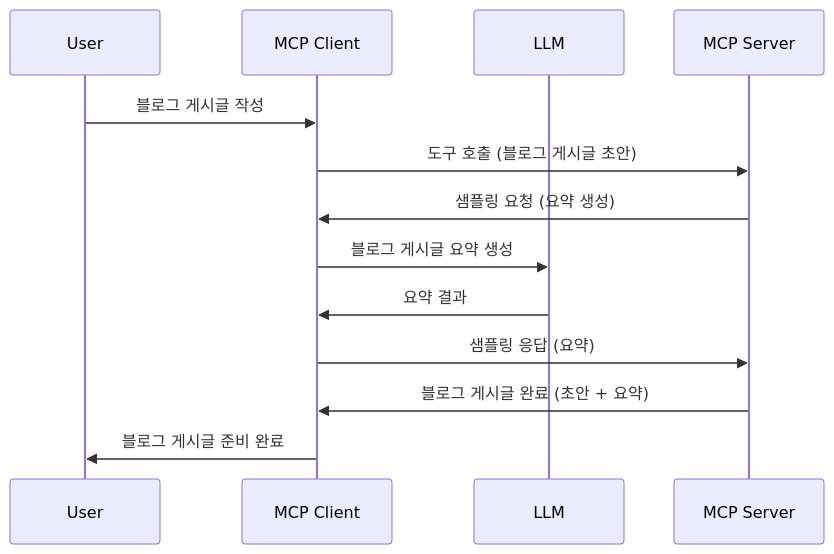
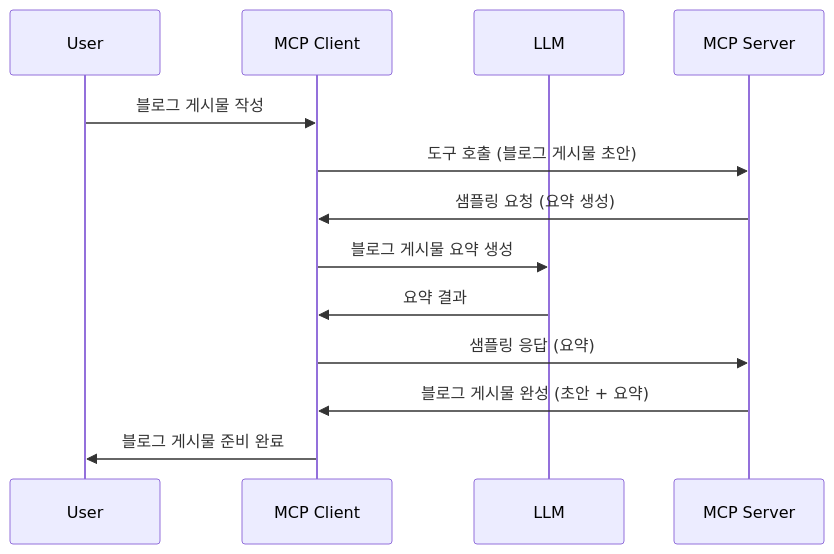
Before and after one commit to HIDORAKAI002/ai-workspace-archive: the diagram in mcp_ecosystem__model_context_protocol/mcp_learning_resources/mcp-for-beginners/translations/ko/03-GettingStarted/14-sampling/README.md, drawn with Mermaid. The commit also changed other lines of this file and 1539 other files, not shown here.

````diff
--- a/mcp_ecosystem__model_context_protocol/mcp_learning_resources/mcp-for-beginners/translations/ko/03-GettingStarted/14-sampling/README.md
+++ b/mcp_ecosystem__model_context_protocol/mcp_learning_resources/mcp-for-beginners/translations/ko/03-GettingStarted/14-sampling/README.md
@@ -23,16 +23,16 @@
 ```mermaid
 sequenceDiagram
     participant User
     participant MCP Client
     participant LLM
     participant MCP Server
 
-    User->>MCP Client: 블로그 게시글 작성
-    MCP Client->>MCP Server: 도구 호출 (블로그 게시글 초안)
+    User->>MCP Client: 블로그 게시물 작성
+    MCP Client->>MCP Server: 도구 호출 (블로그 게시물 초안)
     MCP Server->>MCP Client: 샘플링 요청 (요약 생성)
-    MCP Client->>LLM: 블로그 게시글 요약 생성
+    MCP Client->>LLM: 블로그 게시물 요약 생성
     LLM->>MCP Client: 요약 결과
     MCP Client->>MCP Server: 샘플링 응답 (요약)
-    MCP Server->>MCP Client: 블로그 게시글 완료 (초안 + 요약)
-    MCP Client->>User: 블로그 게시글 준비 완료
+    MCP Server->>MCP Client: 블로그 게시물 완성 (초안 + 요약)
+    MCP Client->>User: 블로그 게시물 준비 완료
 ```
````
